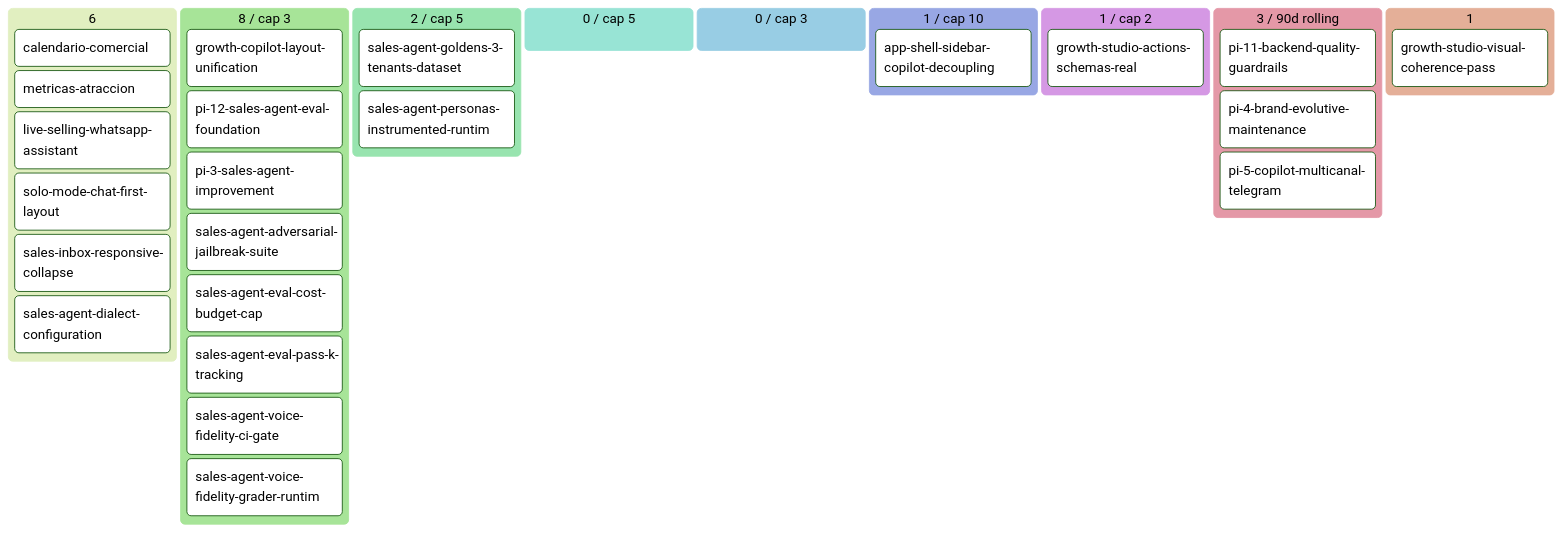
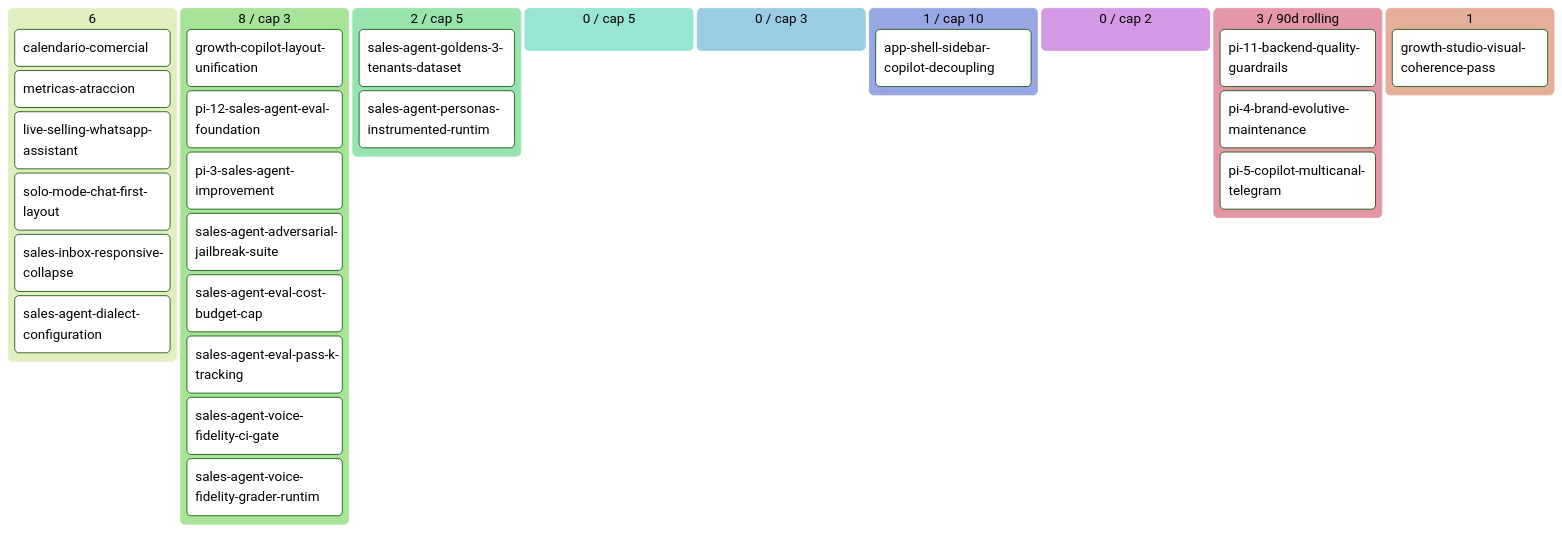
Before and after one commit to alpacapurpura/ap_sales_agent: the diagram in docs/product/BACKLOG.md, drawn with Mermaid (forest theme). The commit also changed other lines of this file and 16 other files, not shown here.

First line of the commit message:
chore(merge): Story 2B growth-studio-actions-schemas-real DONE — APPROVED + capability promoted

````diff
--- a/docs/product/BACKLOG.md
+++ b/docs/product/BACKLOG.md
@@ -57,34 +57,33 @@
 ```mermaid
 kanban
   💡 Ideas (6)
     calendario-comercial[calendario-comercial]
     metricas-atraccion[metricas-atraccion]
     live-selling-whatsapp-assistan[live-selling-whatsapp-assistant]
     solo-mode-chat-first-layout[solo-mode-chat-first-layout]
     sales-inbox-responsive-collaps[sales-inbox-responsive-collapse]
     sales-agent-dialect-configurat[sales-agent-dialect-configuration]
   🔬 Refining (8 / cap 3)
     growth-copilot-layout-unificat[growth-copilot-layout-unification]
     pi-12-sales-agent-eval-foundat[pi-12-sales-agent-eval-foundation]
     pi-3-sales-agent-improvement[pi-3-sales-agent-improvement]
     sales-agent-adversarial-jailbr[sales-agent-adversarial-jailbreak-suite]
     sales-agent-eval-cost-budget-c[sales-agent-eval-cost-budget-cap]
     sales-agent-eval-pass-k-tracki[sales-agent-eval-pass-k-tracking]
     sales-agent-voice-fidelity-ci-[sales-agent-voice-fidelity-ci-gate]
     sales-agent-voice-fidelity-gra[sales-agent-voice-fidelity-grader-runtim]
   ✅ Refined (2 / cap 5)
     sales-agent-goldens-3-tenants-[sales-agent-goldens-3-tenants-dataset]
     sales-agent-personas-instrumen[sales-agent-personas-instrumented-runtim]
   📦 Ready (0 / cap 5)
   🔨 Developing (0 / cap 3)
   🧪 Developed (1 / cap 10)
     app-shell-sidebar-copilot-deco[app-shell-sidebar-copilot-decoupling]
-  🔍 Reviewing (1 / cap 2)
-    growth-studio-actions-schemas-[growth-studio-actions-schemas-real]
+  🔍 Reviewing (0 / cap 2)
   ✅ Done (3 / 90d rolling)
     pi-11-backend-quality-guardrai[pi-11-backend-quality-guardrails]
     pi-4-brand-evolutive-maintenan[pi-4-brand-evolutive-maintenance]
     pi-5-copilot-multicanal-telegr[pi-5-copilot-multicanal-telegram]
   🅿 Parked (1)
     growth-studio-visual-coherence[growth-studio-visual-coherence-pass]
 ```
````
